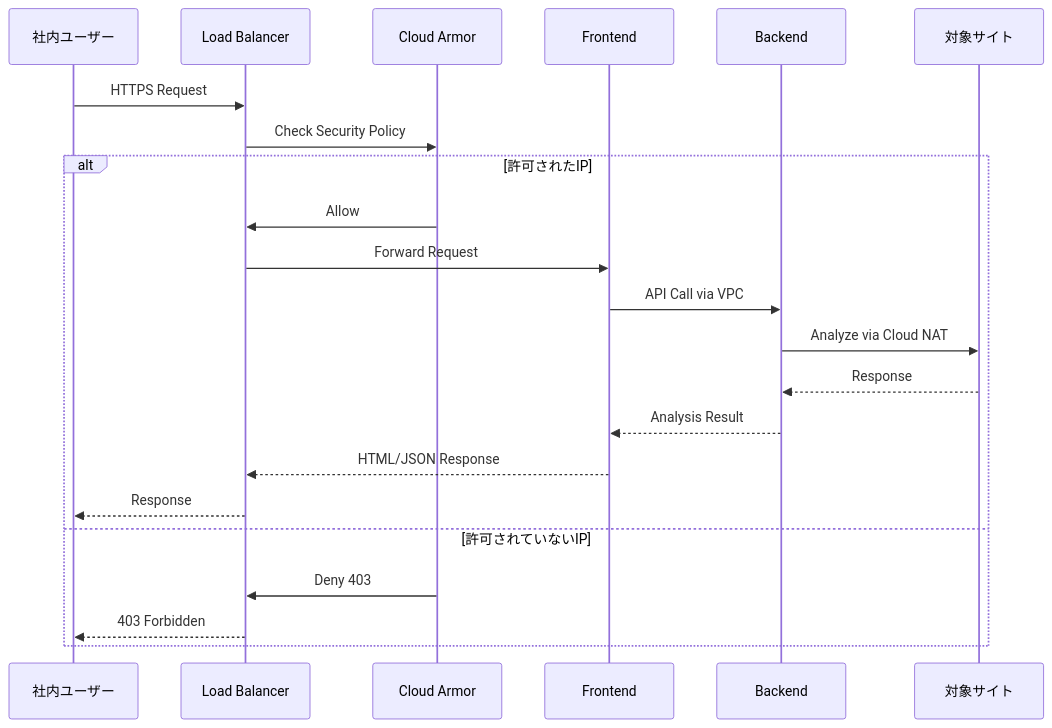
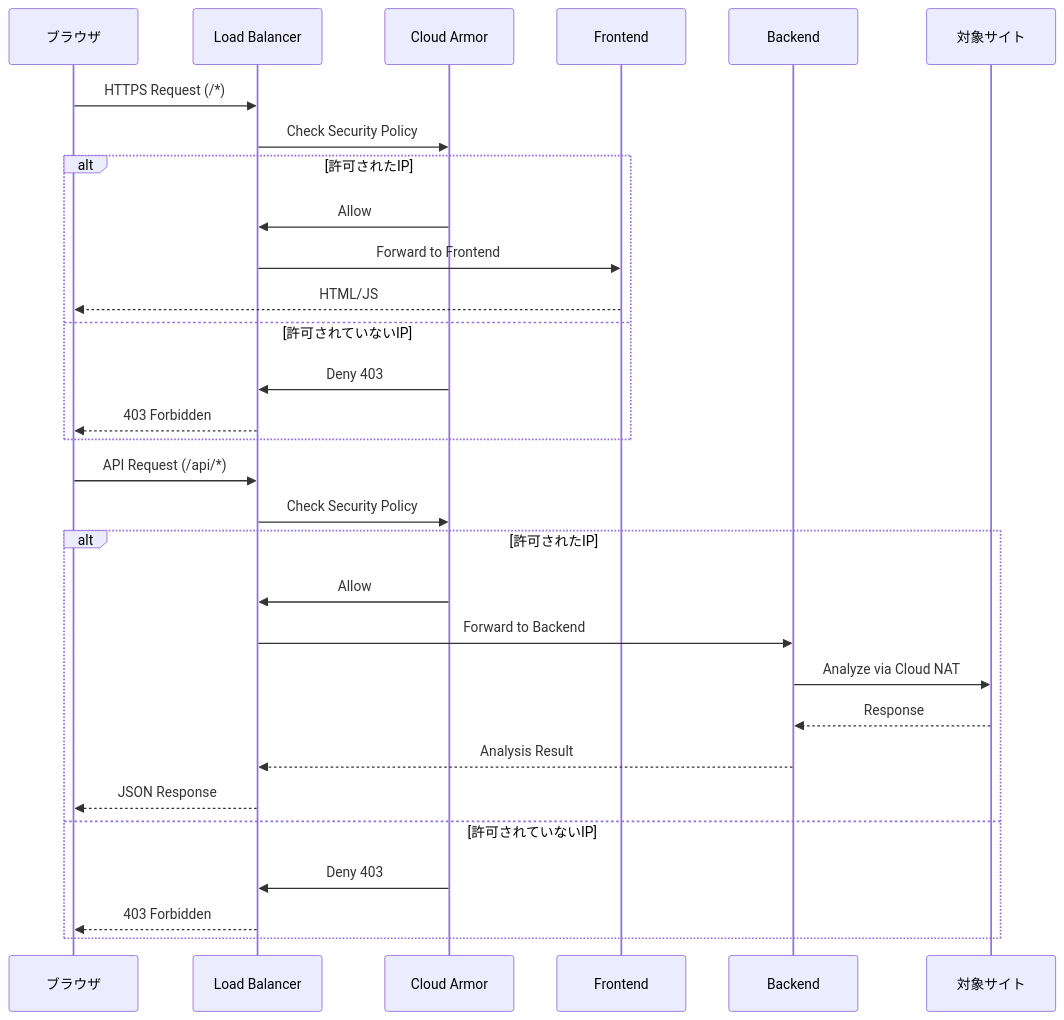
One commit to tokuj/accessibilityCheck changed the second of 4 diagrams in .kiro/specs/vpc-security-enhancement/design.md. Above: the diagram before and after it, drawn with Mermaid. The commit also changed other lines of this file and 8 other files, not shown here.

````diff
--- a/.kiro/specs/vpc-security-enhancement/design.md
+++ b/.kiro/specs/vpc-security-enhancement/design.md
@@ -113,26 +123,34 @@
 ```mermaid
 sequenceDiagram
-    participant User as 社内ユーザー
+    participant User as ブラウザ
     participant LB as Load Balancer
     participant CA as Cloud Armor
     participant FE as Frontend
     participant BE as Backend
     participant Site as 対象サイト
 
-    User->>LB: HTTPS Request
+    User->>LB: HTTPS Request (/*)
     LB->>CA: Check Security Policy
-
     alt 許可されたIP
         CA->>LB: Allow
-        LB->>FE: Forward Request
-        FE->>BE: API Call via VPC
+        LB->>FE: Forward to Frontend
+        FE-->>User: HTML/JS
+    else 許可されていないIP
+        CA->>LB: Deny 403
+        LB-->>User: 403 Forbidden
+    end
+
+    User->>LB: API Request (/api/*)
+    LB->>CA: Check Security Policy
+    alt 許可されたIP
+        CA->>LB: Allow
+        LB->>BE: Forward to Backend
         BE->>Site: Analyze via Cloud NAT
         Site-->>BE: Response
-        BE-->>FE: Analysis Result
-        FE-->>LB: HTML/JSON Response
-        LB-->>User: Response
+        BE-->>LB: Analysis Result
+        LB-->>User: JSON Response
     else 許可されていないIP
         CA->>LB: Deny 403
         LB-->>User: 403 Forbidden
     end
 ```
````
